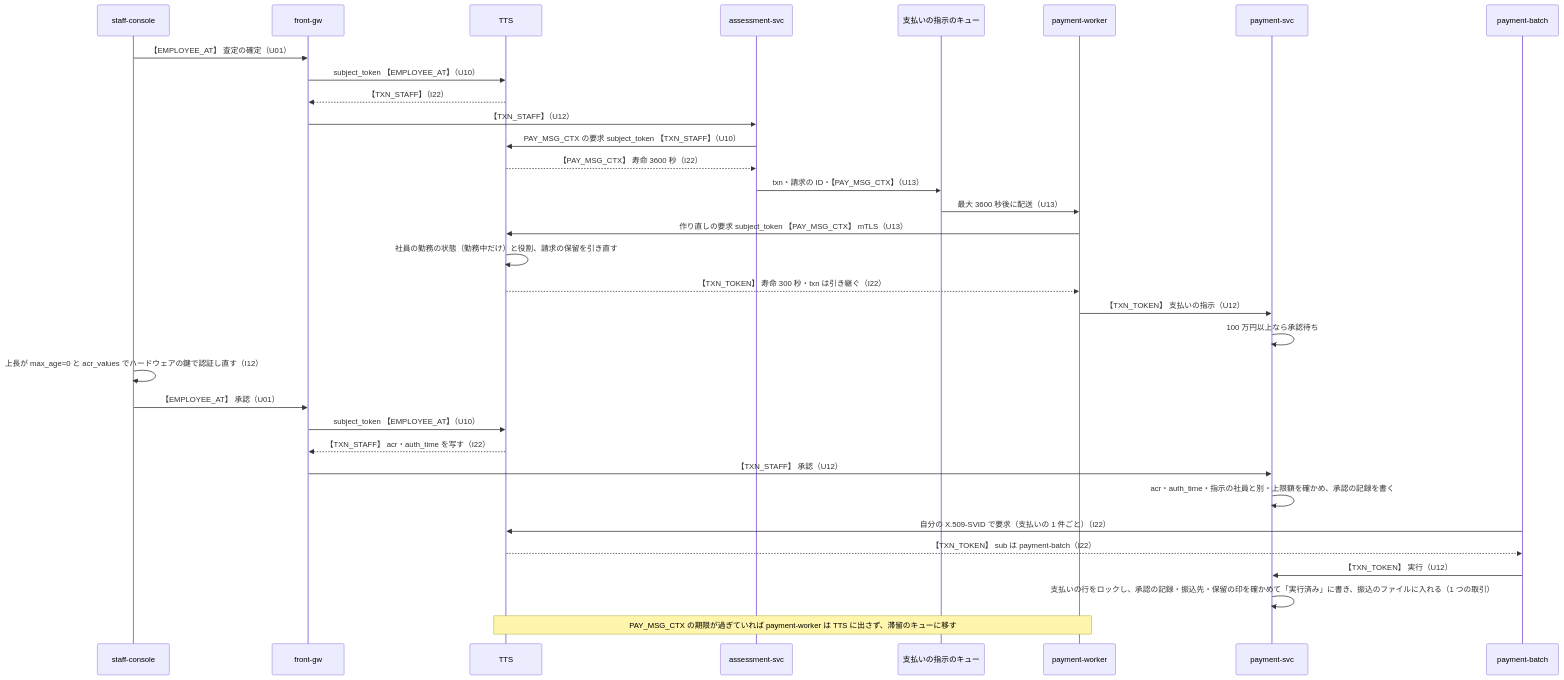
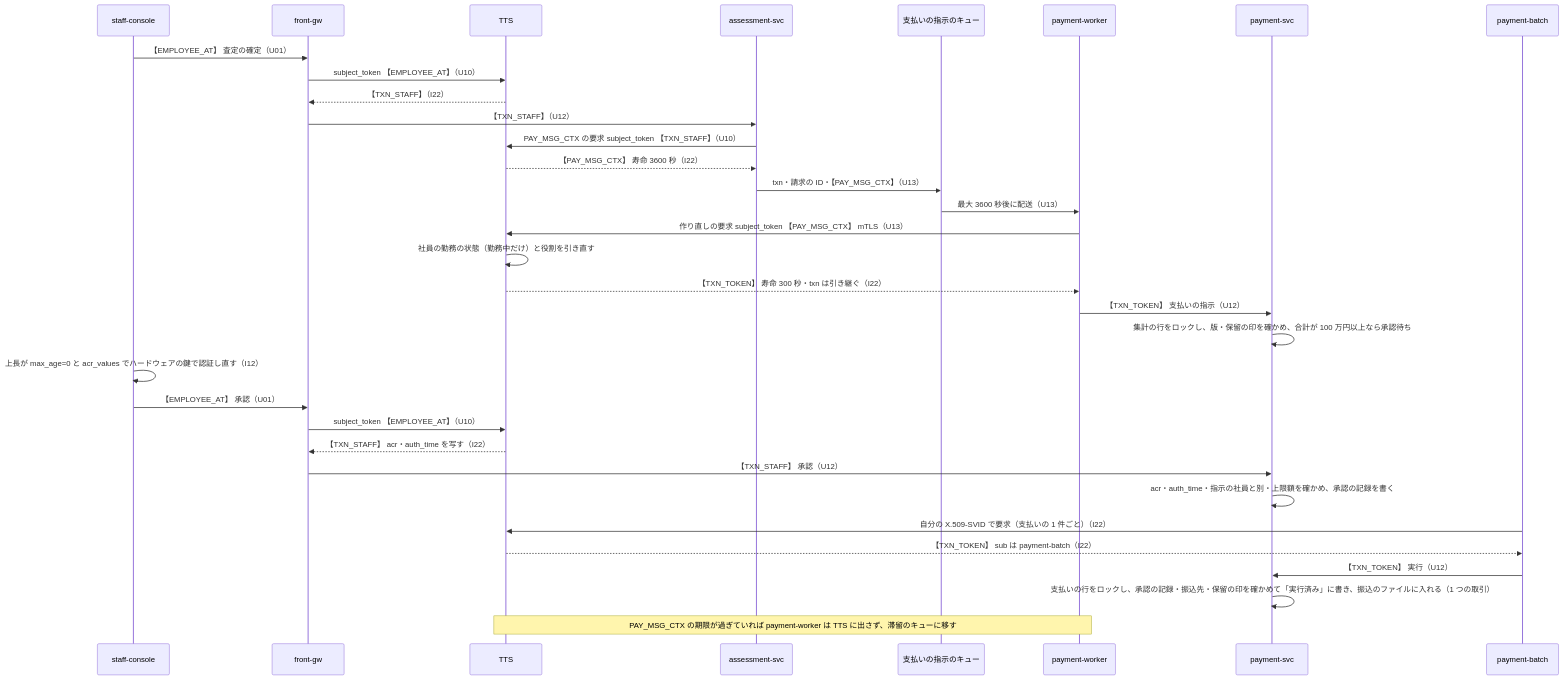
One commit to Takenori-Kusaka/jwt-claims-guide changed the fourth of 4 diagrams in research/template-design/calibration/set2/control-d/design.md. Above: the diagram before and after it, drawn with Mermaid. The commit also changed other lines of this file and 23 other files, not shown here.

````diff
--- a/research/template-design/calibration/set2/control-d/design.md
+++ b/research/template-design/calibration/set2/control-d/design.md
@@ -610,35 +609,35 @@
 ```mermaid
 sequenceDiagram
   participant S as staff-console
   participant G as front-gw
   participant T as TTS
   participant M as assessment-svc
   participant Q as 支払いの指示のキュー
   participant W as payment-worker
   participant P as payment-svc
   participant B as payment-batch
   S->>G: 【EMPLOYEE_AT】 査定の確定（U01）
   G->>T: subject_token 【EMPLOYEE_AT】（U10）
   T-->>G: 【TXN_STAFF】（I22）
   G->>M: 【TXN_STAFF】（U12）
   M->>T: PAY_MSG_CTX の要求 subject_token 【TXN_STAFF】（U10）
   T-->>M: 【PAY_MSG_CTX】 寿命 3600 秒（I22）
   M->>Q: txn・請求の ID・【PAY_MSG_CTX】（U13）
   Q->>W: 最大 3600 秒後に配送（U13）
   W->>T: 作り直しの要求 subject_token 【PAY_MSG_CTX】 mTLS（U13）
-  T->>T: 社員の勤務の状態（勤務中だけ）と役割、請求の保留を引き直す
+  T->>T: 社員の勤務の状態（勤務中だけ）と役割を引き直す
   T-->>W: 【TXN_TOKEN】 寿命 300 秒・txn は引き継ぐ（I22）
   W->>P: 【TXN_TOKEN】 支払いの指示（U12）
-  P->>P: 100 万円以上なら承認待ち
+  P->>P: 集計の行をロックし、版・保留の印を確かめ、合計が 100 万円以上なら承認待ち
   S->>S: 上長が max_age=0 と acr_values でハードウェアの鍵で認証し直す（I12）
   S->>G: 【EMPLOYEE_AT】 承認（U01）
   G->>T: subject_token 【EMPLOYEE_AT】（U10）
   T-->>G: 【TXN_STAFF】 acr・auth_time を写す（I22）
   G->>P: 【TXN_STAFF】 承認（U12）
   P->>P: acr・auth_time・指示の社員と別・上限額を確かめ、承認の記録を書く
   B->>T: 自分の X.509-SVID で要求（支払いの 1 件ごと）（I22）
   T-->>B: 【TXN_TOKEN】 sub は payment-batch（I22）
   B->>P: 【TXN_TOKEN】 実行（U12）
   P->>P: 支払いの行をロックし、承認の記録・振込先・保留の印を確かめて「実行済み」に書き、振込のファイルに入れる（1 つの取引）
   Note over W,T: PAY_MSG_CTX の期限が過ぎていれば payment-worker は TTS に出さず、滞留のキューに移す
 ```
````
